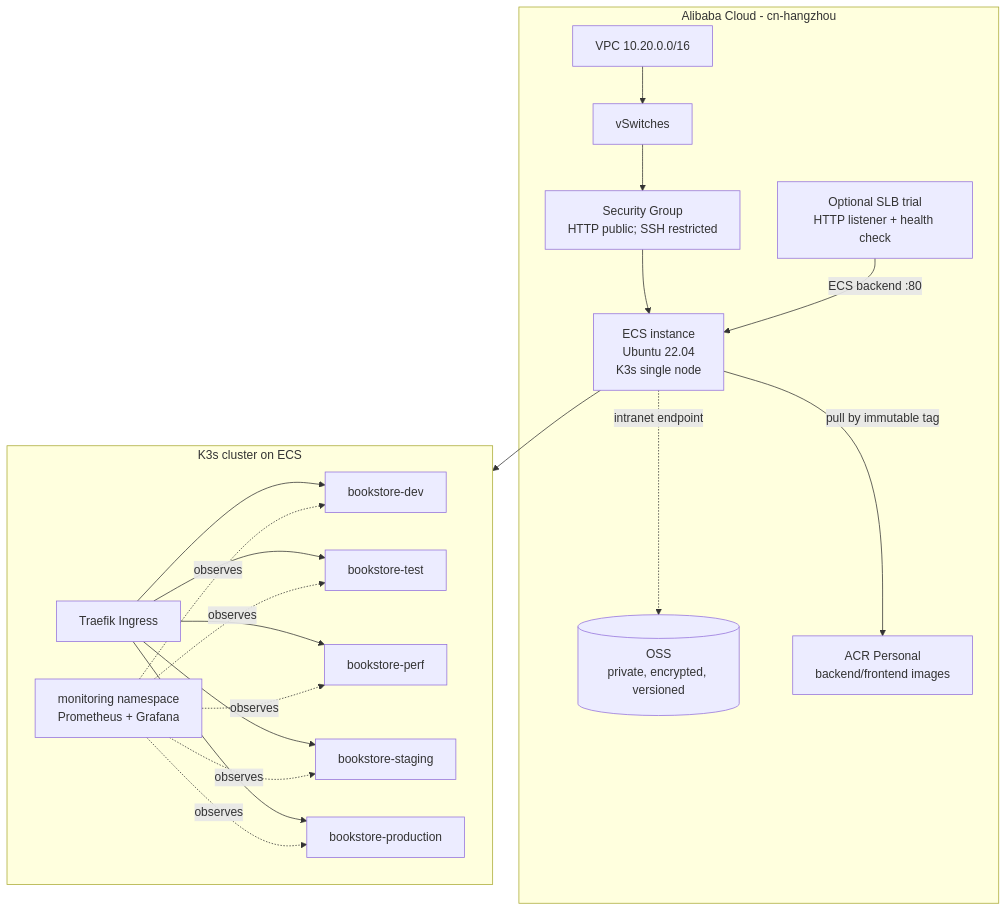
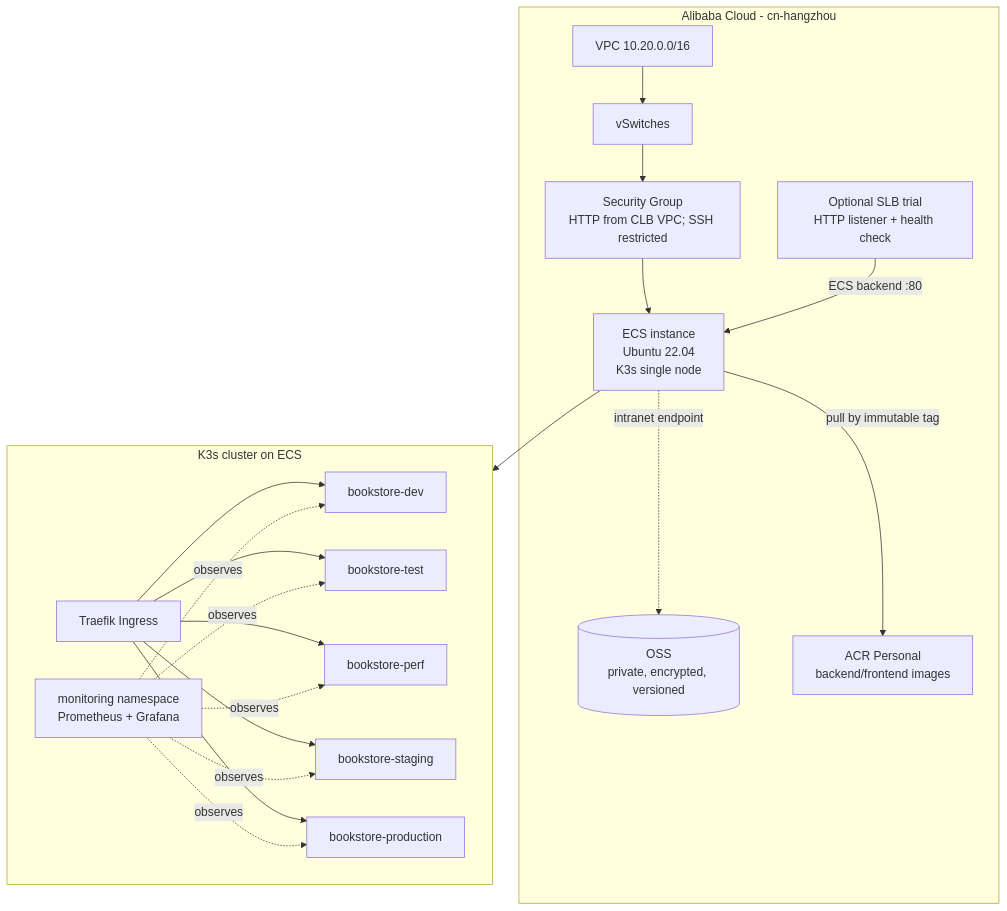
One commit to xxseehome/cloud-native-online-bookstore changed the second of 3 diagrams in docs/architecture.md. Above: the diagram before and after it, drawn with Mermaid. The commit also changed other lines of this file and 5 other files, not shown here.

````diff
--- a/docs/architecture.md
+++ b/docs/architecture.md
@@ -28,36 +29,36 @@
 ```mermaid
 flowchart TB
     subgraph Alibaba[Alibaba Cloud - cn-hangzhou]
         VPC[VPC 10.20.0.0/16]
         VS[vSwitches]
-        SG[Security Group\nHTTP public; SSH restricted]
+        SG[Security Group\nHTTP from CLB VPC; SSH restricted]
         ECS[ECS instance\nUbuntu 22.04\nK3s single node]
         SLB[Optional SLB trial\nHTTP listener + health check]
         OSS[(OSS\nprivate, encrypted, versioned)]
         ACR[ACR Personal\nbackend/frontend images]
         VPC --> VS --> SG --> ECS
         SLB -->|ECS backend :80| ECS
         ECS -. intranet endpoint .-> OSS
         ECS -->|pull by immutable tag| ACR
     end
     subgraph K3s[K3s cluster on ECS]
         T[Traefik Ingress]
         N1[bookstore-dev]
         N2[bookstore-test]
         N3[bookstore-perf]
         N4[bookstore-staging]
         N5[bookstore-production]
         MON[monitoring namespace\nPrometheus + Grafana]
         T --> N1
         T --> N2
         T --> N3
         T --> N4
         T --> N5
         MON -.->|observes| N1
         MON -.->|observes| N2
         MON -.->|observes| N3
         MON -.->|observes| N4
         MON -.->|observes| N5
     end
     ECS --> K3s
 ```
````
